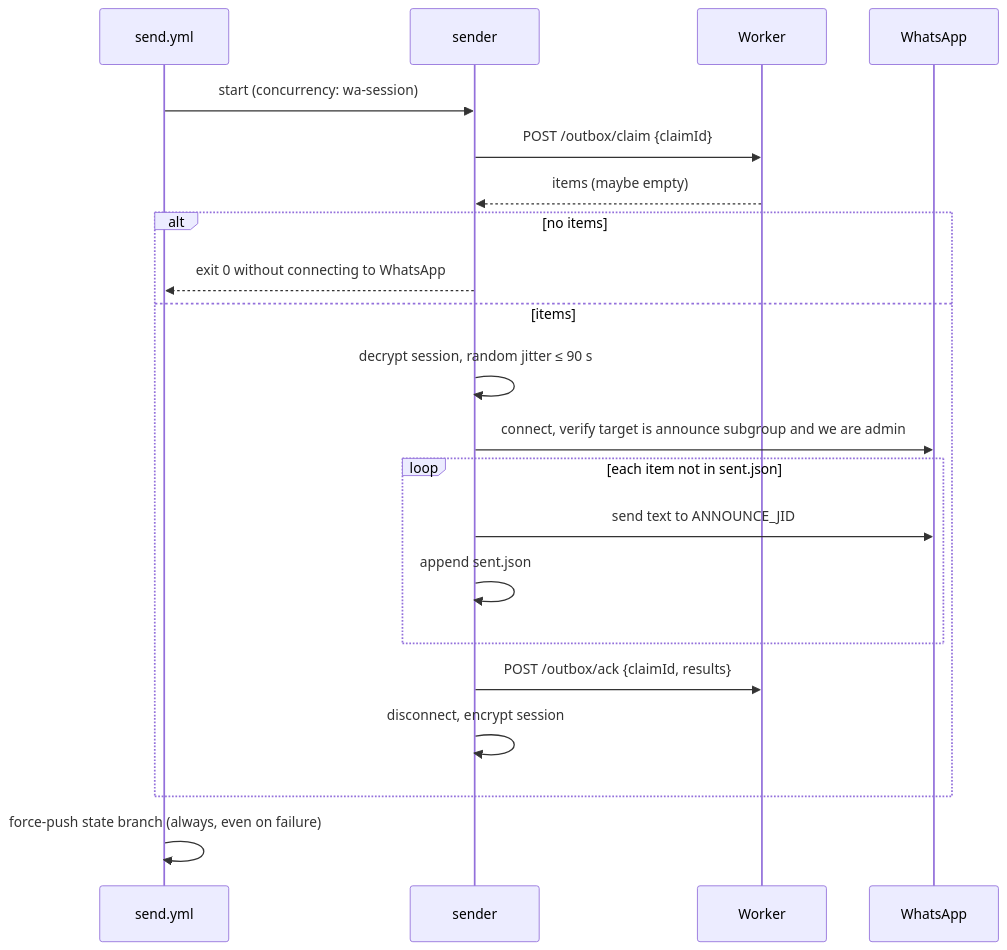
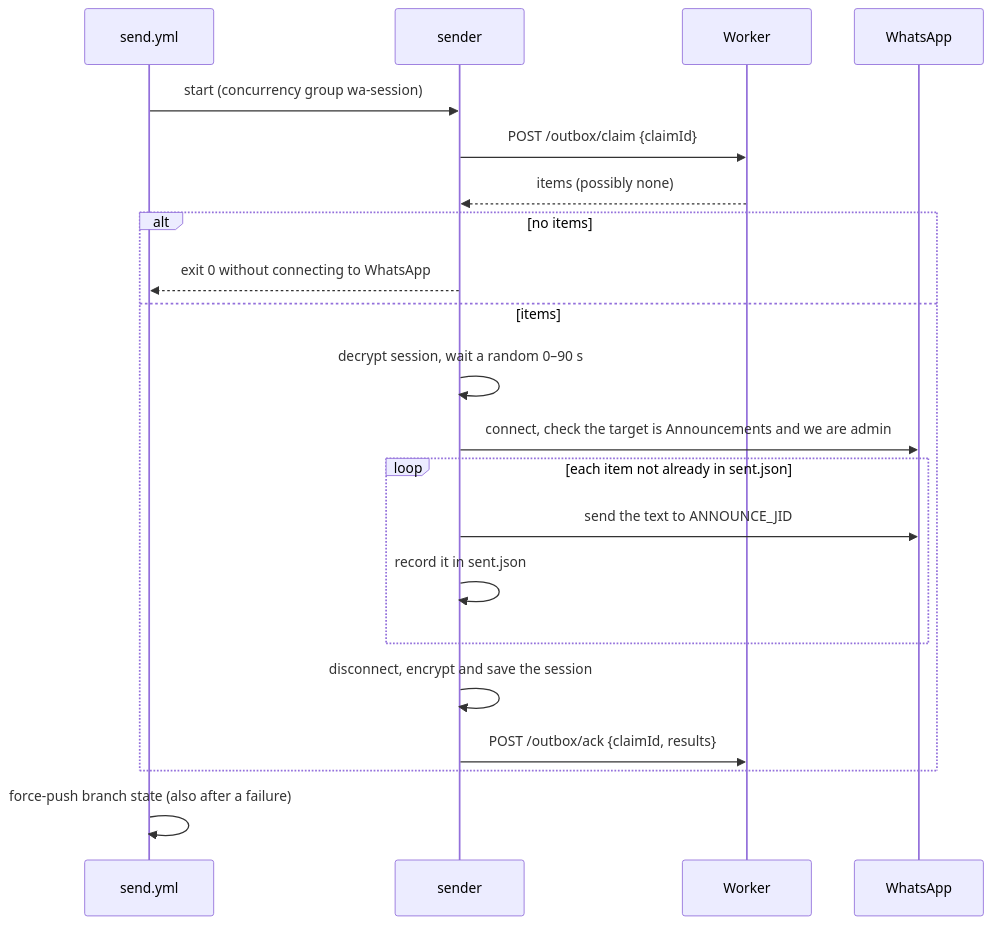
The third of 3 diagrams in docs/architecture.md (adityakotkar47/cp-reminders), drawn with Mermaid before and after one commit. The commit also changed other lines of this file, not shown here.

Commit message:
docs(architecture): rewrite to describe the current system only

````diff
--- a/docs/architecture.md
+++ b/docs/architecture.md
@@ -170,23 +177,23 @@
 ```mermaid
 sequenceDiagram
   participant GH as send.yml
   participant S as sender
   participant W as Worker
   participant WA as WhatsApp
-  GH->>S: start (concurrency: wa-session)
+  GH->>S: start (concurrency group wa-session)
   S->>W: POST /outbox/claim {claimId}
-  W-->>S: items (maybe empty)
+  W-->>S: items (possibly none)
   alt no items
     S-->>GH: exit 0 without connecting to WhatsApp
   else items
-    S->>S: decrypt session, random jitter ≤ 90 s
-    S->>WA: connect, verify target is announce subgroup and we are admin
-    loop each item not in sent.json
-      S->>WA: send text to ANNOUNCE_JID
-      S->>S: append sent.json
+    S->>S: decrypt session, wait a random 0–90 s
+    S->>WA: connect, check the target is Announcements and we are admin
+    loop each item not already in sent.json
+      S->>WA: send the text to ANNOUNCE_JID
+      S->>S: record it in sent.json
     end
+    S->>S: disconnect, encrypt and save the session
     S->>W: POST /outbox/ack {claimId, results}
-    S->>S: disconnect, encrypt session
   end
-  GH->>GH: force-push state branch (always, even on failure)
+  GH->>GH: force-push branch state (also after a failure)
 ```
````
